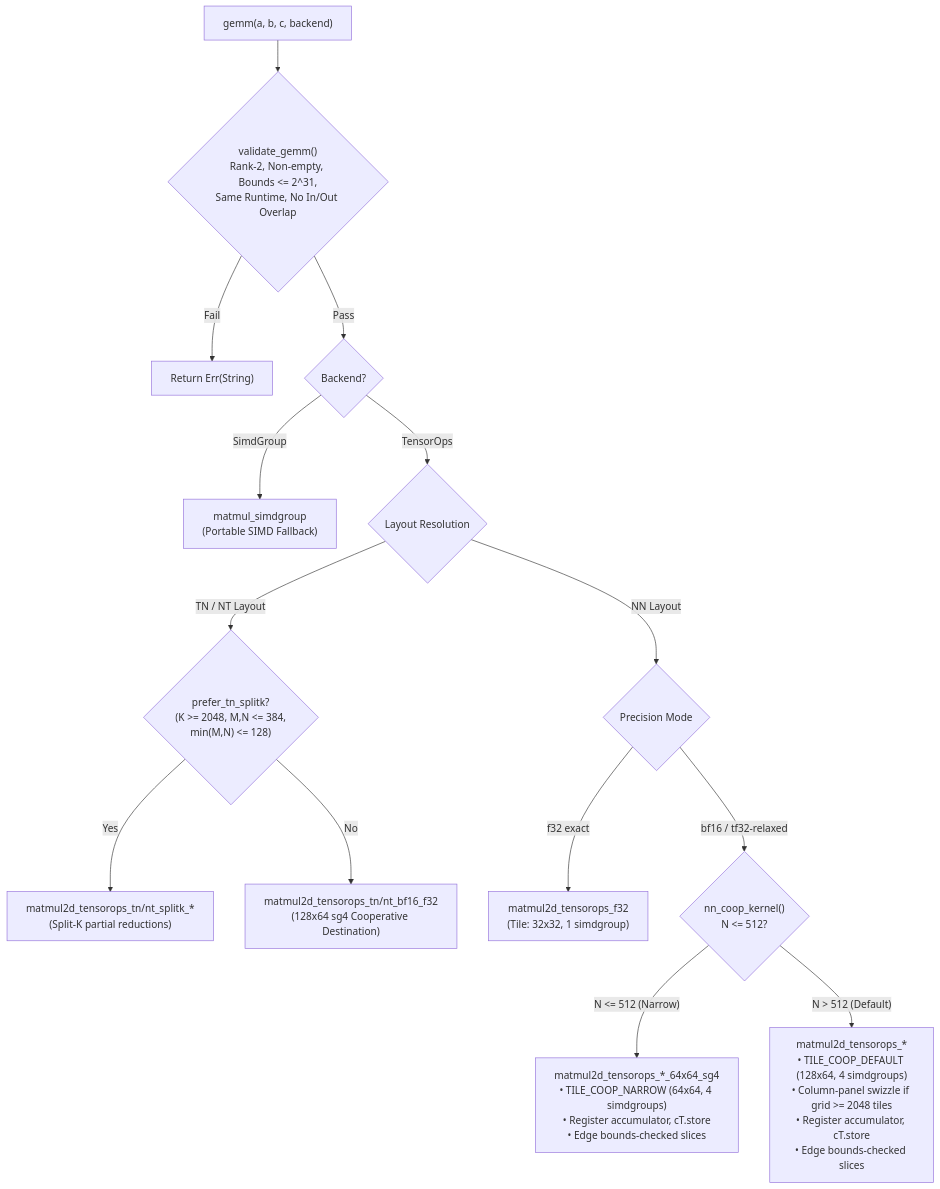
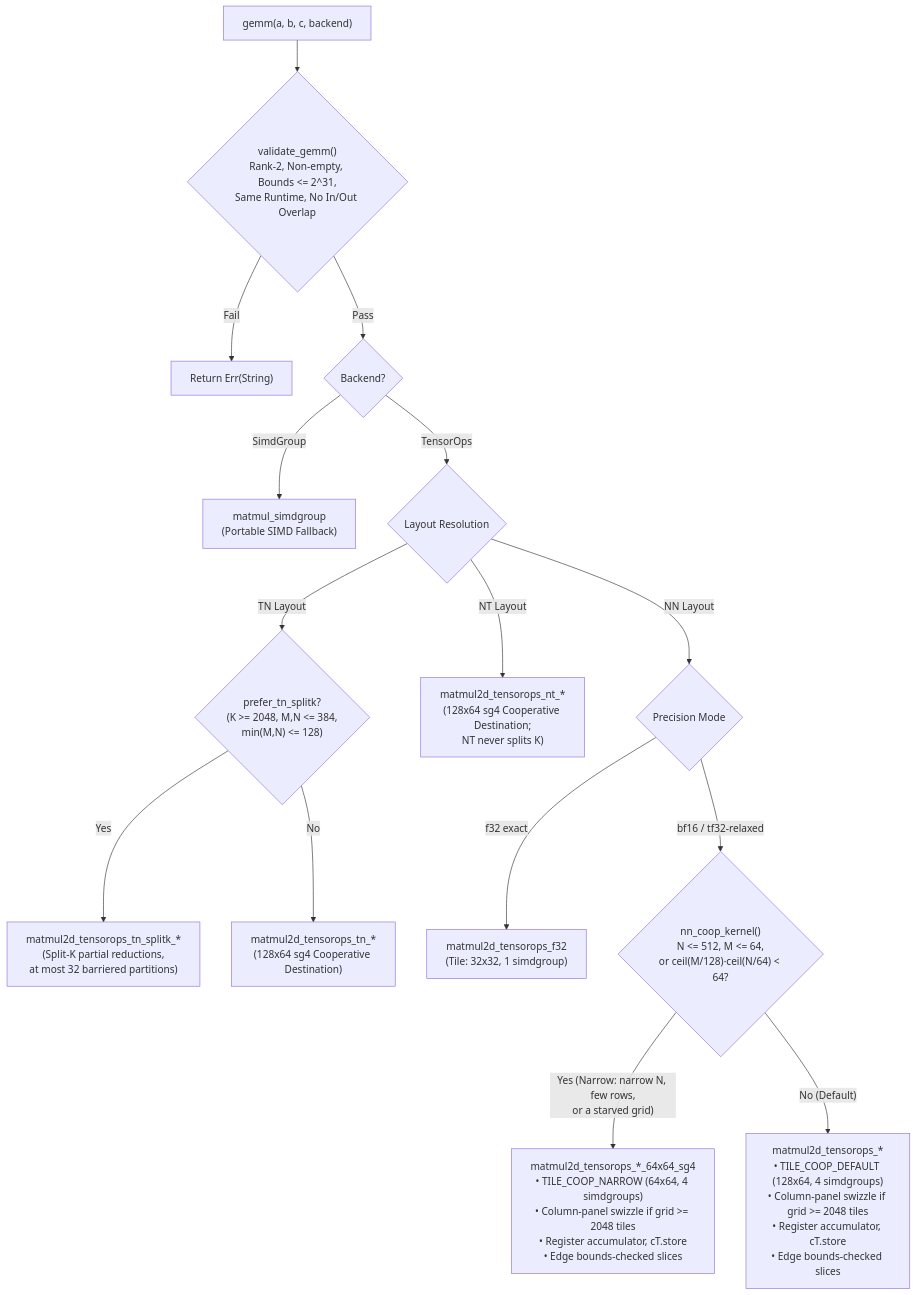
Before and after one commit to bharathvbcr/MachineLearning: the third of 4 diagrams in Rust_MLKit/crates/tessl/README.md, drawn with Mermaid. The commit also changed other lines of this file and 76 other files, not shown here.

````diff
--- a/Rust_MLKit/crates/tessl/README.md
+++ b/Rust_MLKit/crates/tessl/README.md
@@ -136,23 +136,24 @@
 ```mermaid
 flowchart TD
     Start["gemm(a, b, c, backend)"] --> Validate{"validate_gemm()<br/>Rank-2, Non-empty, Bounds &lt;= 2^31,<br/>Same Runtime, No In/Out Overlap"}
     Validate -- Fail --> Err["Return Err(String)"]
     Validate -- Pass --> BackendCheck{"Backend?"}
 
     BackendCheck -- SimdGroup --> SimdGroupKernel["matmul_simdgroup<br/>(Portable SIMD Fallback)"]
     BackendCheck -- TensorOps --> LayoutCheck{"Layout Resolution"}
 
-    LayoutCheck -- "TN / NT Layout" --> SplitKCheck{"prefer_tn_splitk?<br/>(K &gt;= 2048, M,N &lt;= 384,<br/>min(M,N) &lt;= 128)"}
-    SplitKCheck -- Yes --> SplitKKernel["matmul2d_tensorops_tn/nt_splitk_*<br/>(Split-K partial reductions)"]
-    SplitKCheck -- No --> CoopTN["matmul2d_tensorops_tn/nt_bf16_f32<br/>(128x64 sg4 Cooperative Destination)"]
+    LayoutCheck -- "TN Layout" --> SplitKCheck{"prefer_tn_splitk?<br/>(K &gt;= 2048, M,N &lt;= 384,<br/>min(M,N) &lt;= 128)"}
+    SplitKCheck -- Yes --> SplitKKernel["matmul2d_tensorops_tn_splitk_*<br/>(Split-K partial reductions,<br/>at most 32 barriered partitions)"]
+    SplitKCheck -- No --> CoopTN["matmul2d_tensorops_tn_*<br/>(128x64 sg4 Cooperative Destination)"]
+    LayoutCheck -- "NT Layout" --> CoopNT["matmul2d_tensorops_nt_*<br/>(128x64 sg4 Cooperative Destination;<br/>NT never splits K)"]
 
     LayoutCheck -- "NN Layout" --> PrecisionCheck{"Precision Mode"}
     
     PrecisionCheck -- "f32 exact" --> F32Exact["matmul2d_tensorops_f32<br/>(Tile: 32x32, 1 simdgroup)"]
     
-    PrecisionCheck -- "bf16 / tf32-relaxed" --> NNTable{"nn_coop_kernel()<br/>N &lt;= 512?"}
+    PrecisionCheck -- "bf16 / tf32-relaxed" --> NNTable{"nn_coop_kernel()<br/>N &lt;= 512, M &lt;= 64,<br/>or ceil(M/128)·ceil(N/64) &lt; 64?"}
     
-    NNTable -- "N &lt;= 512 (Narrow)" --> NNNarrow["matmul2d_tensorops_*_64x64_sg4<br/>• TILE_COOP_NARROW (64x64, 4 simdgroups)<br/>• Register accumulator, cT.store<br/>• Edge bounds-checked slices"]
+    NNTable -- "Yes (Narrow: narrow N, few rows,<br/>or a starved grid)" --> NNNarrow["matmul2d_tensorops_*_64x64_sg4<br/>• TILE_COOP_NARROW (64x64, 4 simdgroups)<br/>• Column-panel swizzle if grid &gt;= 2048 tiles<br/>• Register accumulator, cT.store<br/>• Edge bounds-checked slices"]
     
-    NNTable -- "N &gt; 512 (Default)" --> NNDefault["matmul2d_tensorops_*<br/>• TILE_COOP_DEFAULT (128x64, 4 simdgroups)<br/>• Column-panel swizzle if grid &gt;= 2048 tiles<br/>• Register accumulator, cT.store<br/>• Edge bounds-checked slices"]
+    NNTable -- "No (Default)" --> NNDefault["matmul2d_tensorops_*<br/>• TILE_COOP_DEFAULT (128x64, 4 simdgroups)<br/>• Column-panel swizzle if grid &gt;= 2048 tiles<br/>• Register accumulator, cT.store<br/>• Edge bounds-checked slices"]
 ```
````
